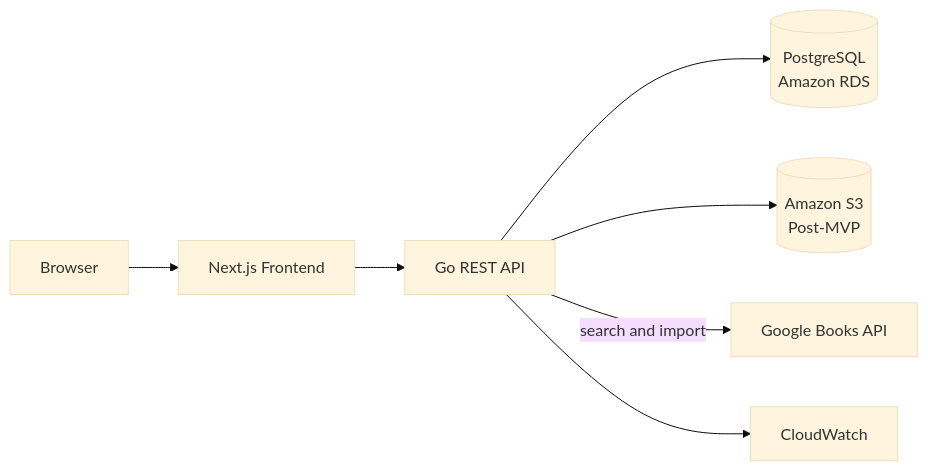
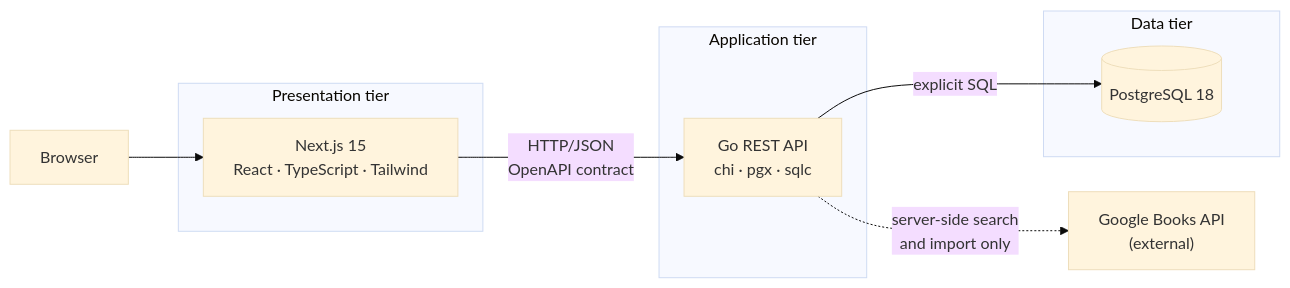
Before and after one commit to SunnyKikiSJSU/CMPE_180B_Project: the diagram in Team_Project/README.md, drawn with Mermaid (base theme). The commit also changed other lines of this file and 8 other files, not shown here.

````diff
--- a/Team_Project/README.md
+++ b/Team_Project/README.md
@@ -23,9 +23,23 @@
 ```mermaid
 flowchart LR
-    Browser[Browser] --> Web[Next.js Frontend]
-    Web --> API[Go REST API]
-    API --> DB[(PostgreSQL<br/>Amazon RDS)]
-    API --> S3[(Amazon S3<br/>Post-MVP)]
-    API -->|search and import| Books[Google Books API]
-    API --> Logs[CloudWatch]
+    Browser[Browser]
+
+    subgraph Presentation [Presentation tier]
+        Web["Next.js 15<br/>React · TypeScript · Tailwind"]
+    end
+
+    subgraph Application [Application tier]
+        API["Go REST API<br/>chi · pgx · sqlc"]
+    end
+
+    subgraph Data [Data tier]
+        DB[(PostgreSQL 18)]
+    end
+
+    Google["Google Books API<br/>(external)"]
+
+    Browser --> Web
+    Web -->|"HTTP/JSON<br/>OpenAPI contract"| API
+    API -->|"explicit SQL"| DB
+    API -.->|"server-side search<br/>and import only"| Google
 ```
````
